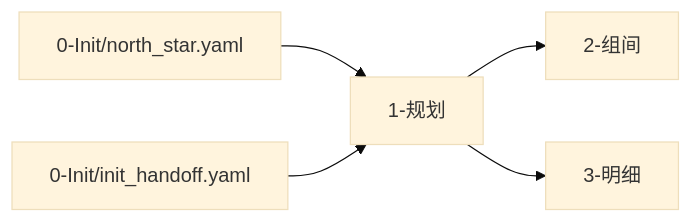
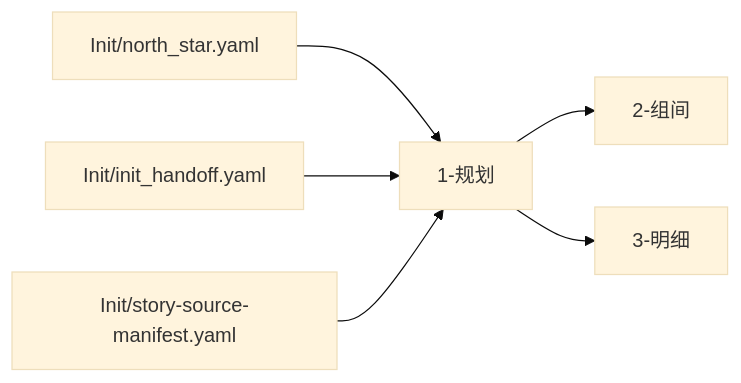
One commit to ZEN-VOID/AI-CUT changed the second of 2 diagrams in .agents/skills/aigc/1-规划/SKILL.md. Above: the diagram before and after it, drawn with Mermaid (base theme). The commit also changed other lines of this file and 70 other files, not shown here.

````diff
--- a/.agents/skills/aigc/1-规划/SKILL.md
+++ b/.agents/skills/aigc/1-规划/SKILL.md
@@ -76,7 +76,8 @@
 ```mermaid
 flowchart LR
-    A["0-Init/north_star.yaml"] --> B["1-规划"]
-    C["0-Init/init_handoff.yaml"] --> B
+    A["Init/north_star.yaml"] --> B["1-规划"]
+    C["Init/init_handoff.yaml"] --> B
+    F["Init/story-source-manifest.yaml"] --> B
     B --> D["2-组间"]
     B --> E["3-明细"]
 ```
````
